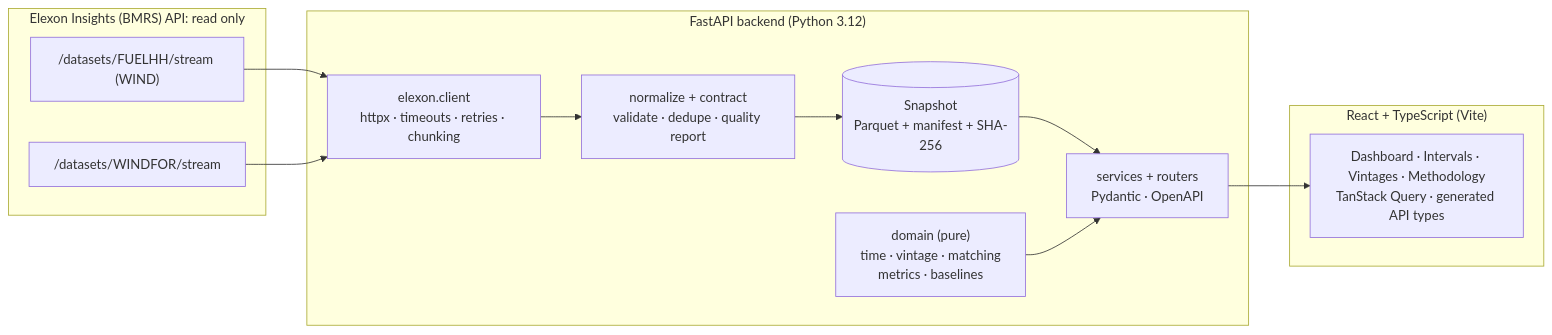
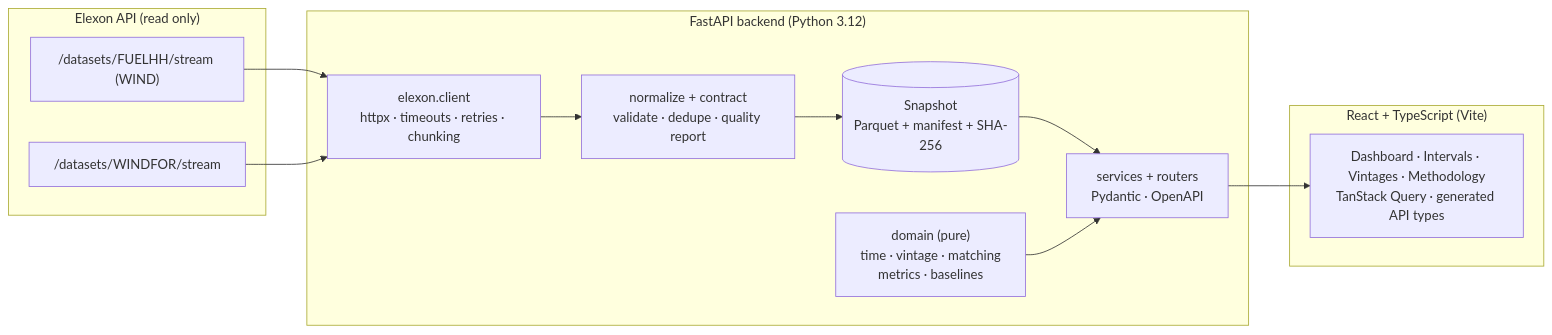
Before and after one commit to cycli-city/nkvsr: the diagram in README.md, drawn with Mermaid. The commit also changed 1 other file, not shown here.

Commit message:
docs: architecture diagrams render with real line breaks
The two Mermaid diagrams (README and docs/03) used \n inside node labels, which Mermaid draws literally
("elexon.client\nhttpx"). Rendered with Mermaid 11 to check: <br/> gives the intended line breaks, and the
Elexon group title is shortened so it no longer collides with its first node.

Claude-Session: https://claude.ai/code/session_01HTTKyxJcNPF2oDDBKQLpF3

````diff
--- a/README.md
+++ b/README.md
@@ -48,21 +48,21 @@
 ```mermaid
 flowchart LR
-  subgraph Elexon["Elexon Insights (BMRS) API: read only"]
+  subgraph Elexon["Elexon API (read only)"]
     FH["/datasets/FUELHH/stream (WIND)"]
     WF["/datasets/WINDFOR/stream"]
   end
   subgraph Backend["FastAPI backend (Python 3.12)"]
-    CL["elexon.client\nhttpx · timeouts · retries · chunking"]
-    NZ["normalize + contract\nvalidate · dedupe · quality report"]
-    ST[("Snapshot\nParquet + manifest + SHA-256")]
-    DOM["domain (pure)\ntime · vintage · matching\nmetrics · baselines"]
-    API["services + routers\nPydantic · OpenAPI"]
+    CL["elexon.client<br/>httpx · timeouts · retries · chunking"]
+    NZ["normalize + contract<br/>validate · dedupe · quality report"]
+    ST[("Snapshot<br/>Parquet + manifest + SHA-256")]
+    DOM["domain (pure)<br/>time · vintage · matching<br/>metrics · baselines"]
+    API["services + routers<br/>Pydantic · OpenAPI"]
   end
   subgraph Web["React + TypeScript (Vite)"]
-    UI["Dashboard · Intervals · Vintages · Methodology\nTanStack Query · generated API types"]
+    UI["Dashboard · Intervals · Vintages · Methodology<br/>TanStack Query · generated API types"]
   end
   FH --> CL
   WF --> CL
   CL --> NZ --> ST --> API
   DOM --> API --> UI
 ```
````
